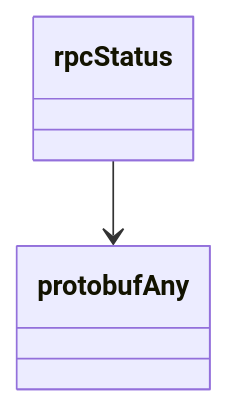
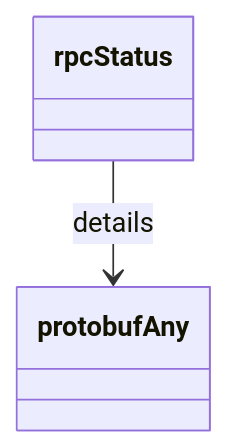
One commit to alexdearaujo/community_sdk_python changed the diagram in docs/sphinx/services/core.md. Above: the diagram before and after it, drawn with Mermaid. The commit also changed other lines of this file and 129 other files, not shown here.

````diff
--- a/docs/sphinx/services/core.md
+++ b/docs/sphinx/services/core.md
@@ -15,6 +17,6 @@
 ```mermaid
 classDiagram
     class protobufAny
     class rpcStatus
-    rpcStatus --> protobufAny
+    rpcStatus --> protobufAny : details
 ```
````
